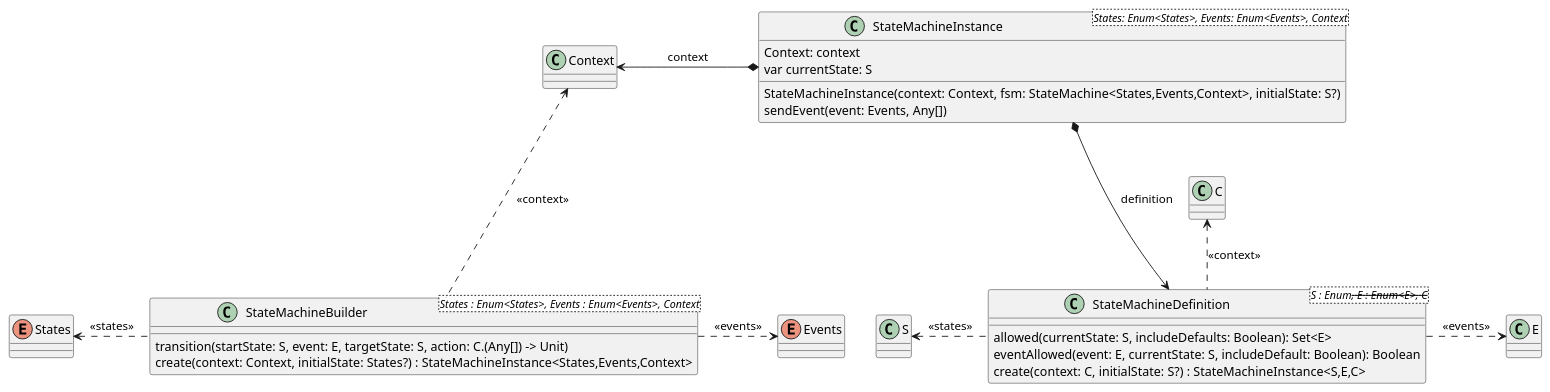
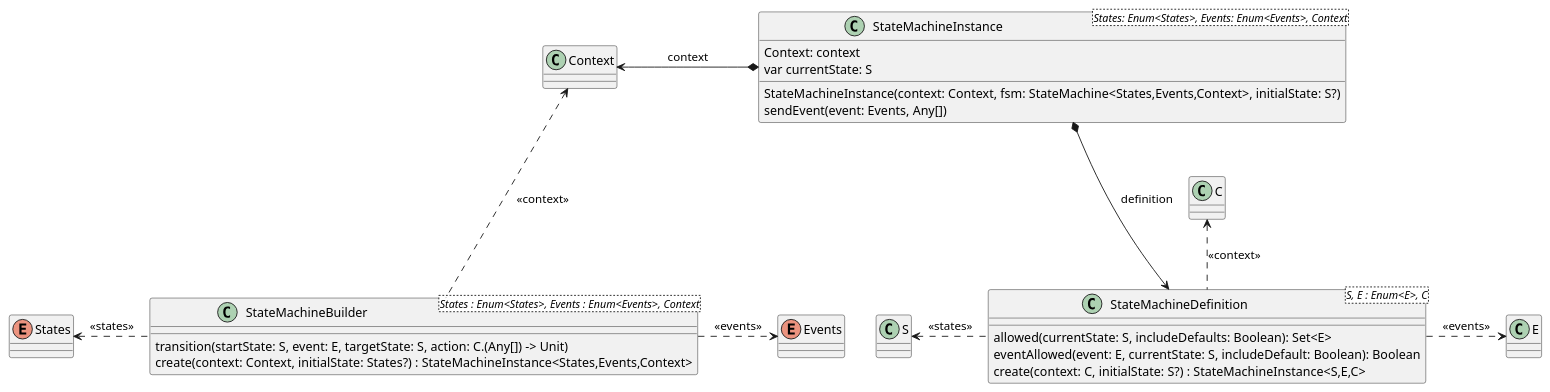
The diagram in src/doc/plantuml/statemachine-classes.plantuml (open-jumpco/kfsm), drawn with PlantUML before and after one commit. The commit also changed 33 other files, not shown here.

```diff
--- a/src/doc/plantuml/statemachine-classes.plantuml
+++ b/src/doc/plantuml/statemachine-classes.plantuml
@@ -1,39 +1,39 @@
 @startuml
 
 class Context {
 }
 enum States {
 }
 enum Events {
 }
 
 class StateMachineBuilder<States : Enum<States>, Events : Enum<Events>, Context> {
     transition(startState: S, event: E, targetState: S, action: C.(Any[]) -> Unit)
     create(context: Context, initialState: States?) : StateMachineInstance<States,Events,Context>
 }
 
-class StateMachineDefinition<S : Enum<S>, E : Enum<E>, C> {
+class StateMachineDefinition<S, E : Enum<E>, C> {
     allowed(currentState: S, includeDefaults: Boolean): Set<E>
     eventAllowed(event: E, currentState: S, includeDefault: Boolean): Boolean
     create(context: C, initialState: S?) : StateMachineInstance<S,E,C>
 }
 
 class StateMachineInstance<States: Enum<States>, Events: Enum<Events>, Context> {
     StateMachineInstance(context: Context, fsm: StateMachine<States,Events,Context>, initialState: S?)
     Context: context
     var currentState: S
     sendEvent(event: Events, Any[])
 }
 
 StateMachineBuilder ..left..> States : <<states>>
 StateMachineBuilder ..right..> Events : <<events>>
 StateMachineBuilder ..up.> Context : <<context>>
 
 StateMachineDefinition .left.> S : <<states>>
 StateMachineDefinition .right.> E : <<events>>
 StateMachineDefinition .up.> C : <<context>>
 
 StateMachineInstance *---> StateMachineDefinition : definition
 StateMachineInstance *--left--> Context : context
 
 @enduml
```
